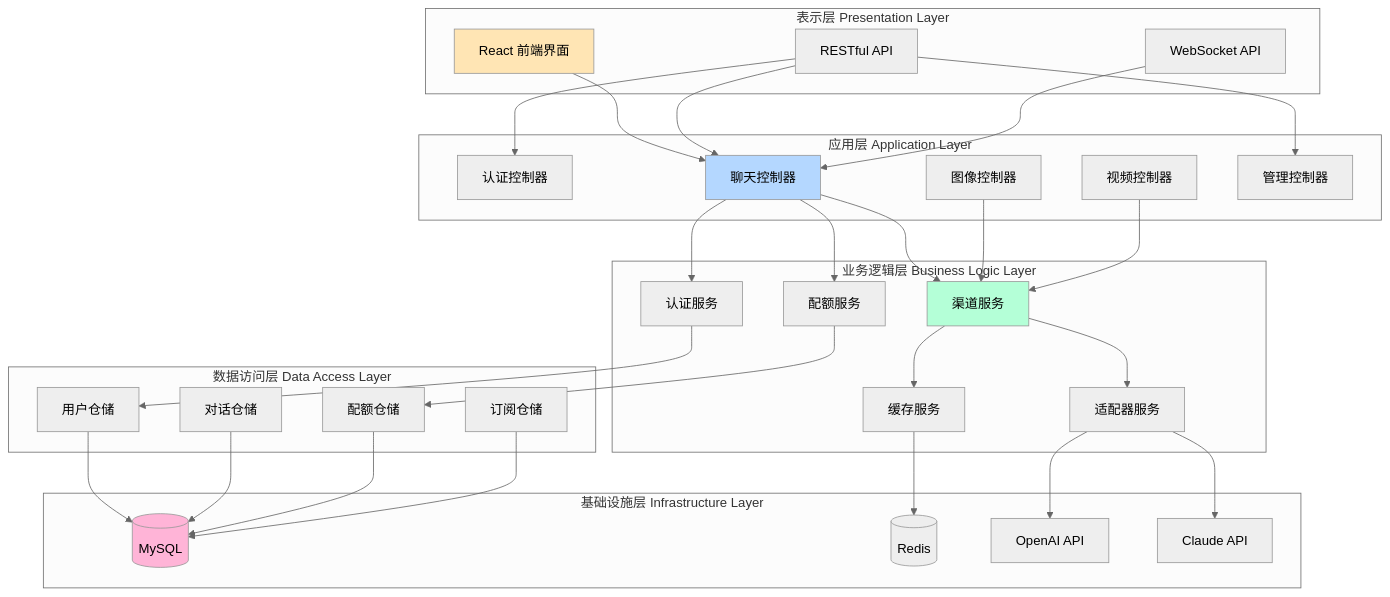
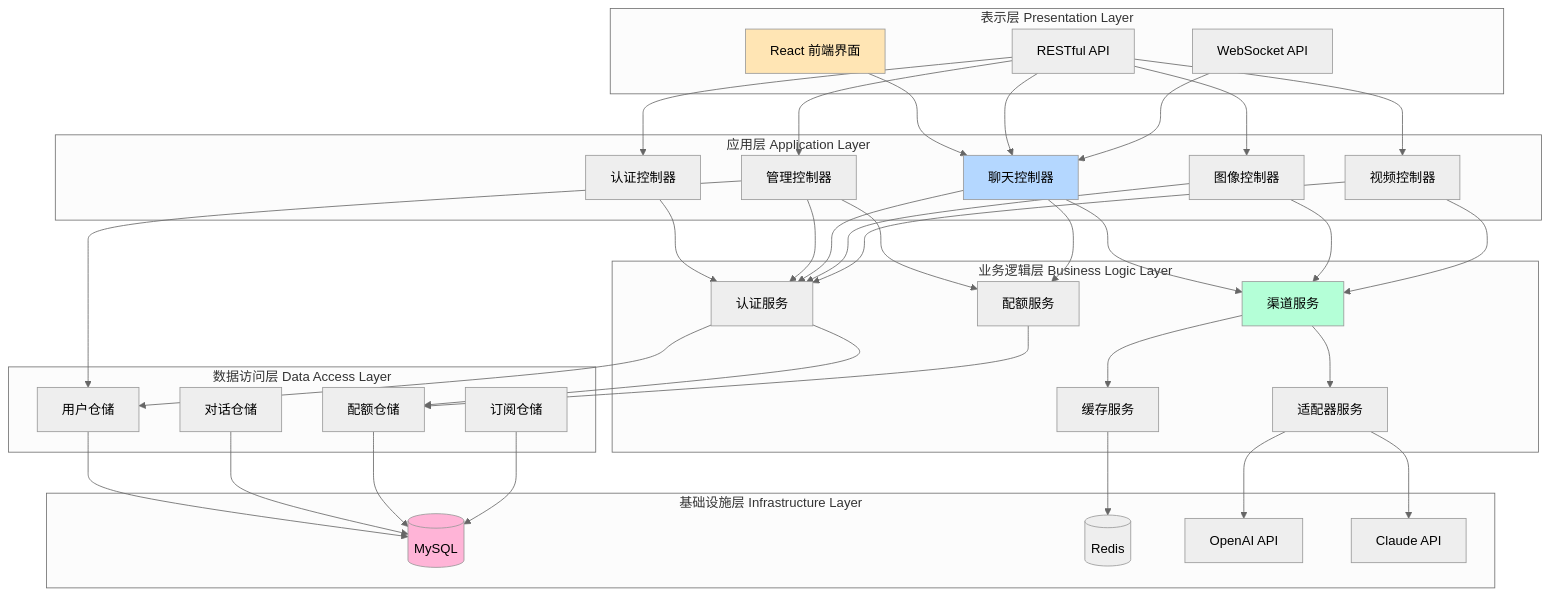
The fourth of 15 diagrams in docs/claude/06-4plus1-views.md (whaili/coai), drawn with Mermaid (neutral theme) before and after one commit.

Commit message:
fix: 修正逻辑视图 2.1 系统分层架构图
修正内容：
1. 补充缺失的 AuthCtrl → AuthSvc 连接（认证服务入口）
2. 补充 ImageCtrl 和 VideoCtrl 的完整连接
3. 补充 AdminCtrl 的业务逻辑连接
4. 补充数据访问层的完整关系

现在架构图准确反映了以下流程：
- 用户登录: API → AuthCtrl → AuthSvc → UserRepo → MySQL
- 聊天请求: API → ChatCtrl → AuthSvc(验证) → ChannelSvc
- 图像生成: API → ImageCtrl → AuthSvc(验证) → ChannelSvc
- 管理操作: API → AdminCtrl → AuthSvc(验证) → UserRepo/QuotaSvc

感谢 @user 指出的问题！

````diff
--- a/docs/claude/06-4plus1-views.md
+++ b/docs/claude/06-4plus1-views.md
@@ -259,69 +259,78 @@
 ```mermaid
 graph TB
     subgraph "表示层 Presentation Layer"
         UI[React 前端界面]
         API[RESTful API]
         WS[WebSocket API]
     end
 
     subgraph "应用层 Application Layer"
         AuthCtrl[认证控制器]
         ChatCtrl[聊天控制器]
         ImageCtrl[图像控制器]
         VideoCtrl[视频控制器]
         AdminCtrl[管理控制器]
     end
 
     subgraph "业务逻辑层 Business Logic Layer"
         AuthSvc[认证服务]
         QuotaSvc[配额服务]
         ChannelSvc[渠道服务]
         AdapterSvc[适配器服务]
         CacheSvc[缓存服务]
     end
 
     subgraph "数据访问层 Data Access Layer"
         UserRepo[用户仓储]
         ConvRepo[对话仓储]
         QuotaRepo[配额仓储]
         SubRepo[订阅仓储]
     end
 
     subgraph "基础设施层 Infrastructure Layer"
         MySQL[(MySQL)]
         Redis[(Redis)]
         OpenAI[OpenAI API]
         Claude[Claude API]
     end
 
     UI --> ChatCtrl
     API --> ChatCtrl
     WS --> ChatCtrl
     API --> AuthCtrl
     API --> AdminCtrl
+    API --> ImageCtrl
+    API --> VideoCtrl
 
+    AuthCtrl --> AuthSvc
+    AdminCtrl --> AuthSvc
+    AdminCtrl --> QuotaSvc
     ChatCtrl --> AuthSvc
     ChatCtrl --> QuotaSvc
     ChatCtrl --> ChannelSvc
+    ImageCtrl --> AuthSvc
     ImageCtrl --> ChannelSvc
+    VideoCtrl --> AuthSvc
     VideoCtrl --> ChannelSvc
 
     ChannelSvc --> AdapterSvc
     ChannelSvc --> CacheSvc
     AuthSvc --> UserRepo
+    AuthSvc --> QuotaRepo
     QuotaSvc --> QuotaRepo
+    AdminCtrl --> UserRepo
 
     UserRepo --> MySQL
     ConvRepo --> MySQL
     QuotaRepo --> MySQL
     SubRepo --> MySQL
     CacheSvc --> Redis
 
     AdapterSvc --> OpenAI
     AdapterSvc --> Claude
 
     style UI fill:#FFE5B4
     style ChatCtrl fill:#B4D7FF
     style ChannelSvc fill:#B4FFD7
     style MySQL fill:#FFB4D7
 ```
````
